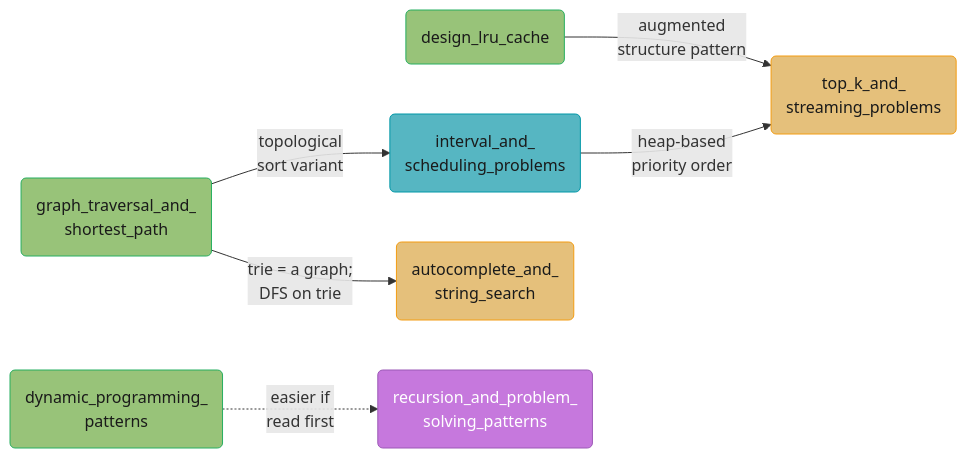
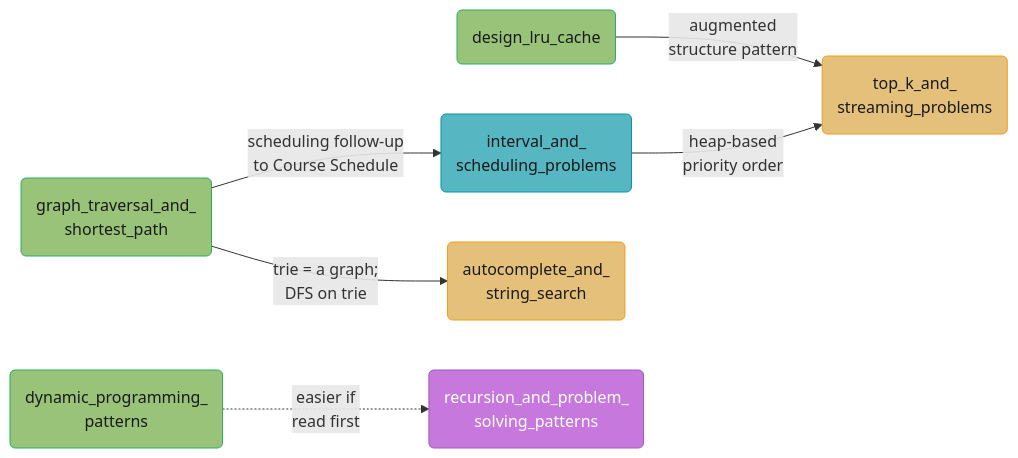
Before and after one commit to rppol/system-design: the diagram in src/main/java/com/rutik/systemdesign/cs_fundamentals/case_studies/case_studies.md, drawn with Mermaid. The commit also changed other lines of this file and 1 other file, not shown here.

First paragraph of the commit message:
audit(cs_fundamentals): the last 4 case studies — a "broken" BFS that is correct, and an incident that could not have happened
37 code blocks EXECUTED and differential-tested over ~4.5 million operations. 31
corrections. This completes every case study in the repo's three unparked sections.

````diff
--- a/src/main/java/com/rutik/systemdesign/cs_fundamentals/case_studies/case_studies.md
+++ b/src/main/java/com/rutik/systemdesign/cs_fundamentals/case_studies/case_studies.md
@@ -63,29 +63,29 @@
 ```mermaid
 flowchart LR
     classDef io      fill:#61afef,stroke:#2e86c1,color:#1a1a1a,font-weight:bold
     classDef frozen  fill:#c678dd,stroke:#9b59b6,color:#fff
     classDef train   fill:#98c379,stroke:#27ae60,color:#1a1a1a
     classDef mathOp  fill:#d19a66,stroke:#e67e22,color:#1a1a1a,font-weight:bold
     classDef lossN   fill:#e06c75,stroke:#c0392b,color:#fff,font-weight:bold
     classDef req     fill:#56b6c2,stroke:#0097a7,color:#1a1a1a
     classDef base    fill:#e5c07b,stroke:#f39c12,color:#1a1a1a
 
     lru("design_lru_cache")
     dpat("dynamic_programming_<br/>patterns")
     gts("graph_traversal_and_<br/>shortest_path")
     ivl("interval_and_<br/>scheduling_problems")
     topk("top_k_and_<br/>streaming_problems")
     acs("autocomplete_and_<br/>string_search")
     rec("recursion_and_problem_<br/>solving_patterns")
 
     lru -->|"augmented<br/>structure pattern"| topk
     dpat -.->|"easier if<br/>read first"| rec
     gts -->|"trie = a graph;<br/>DFS on trie"| acs
-    gts -->|"topological<br/>sort variant"| ivl
+    gts -->|"scheduling follow-up<br/>to Course Schedule"| ivl
     ivl -->|"heap-based<br/>priority order"| topk
 
     class lru,dpat,gts train
     class ivl req
     class topk,acs base
     class rec frozen
 ```
````
